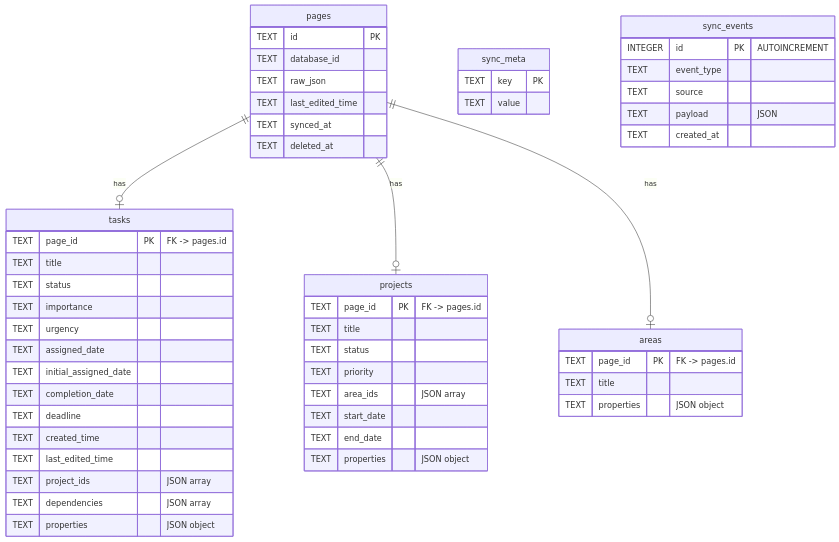
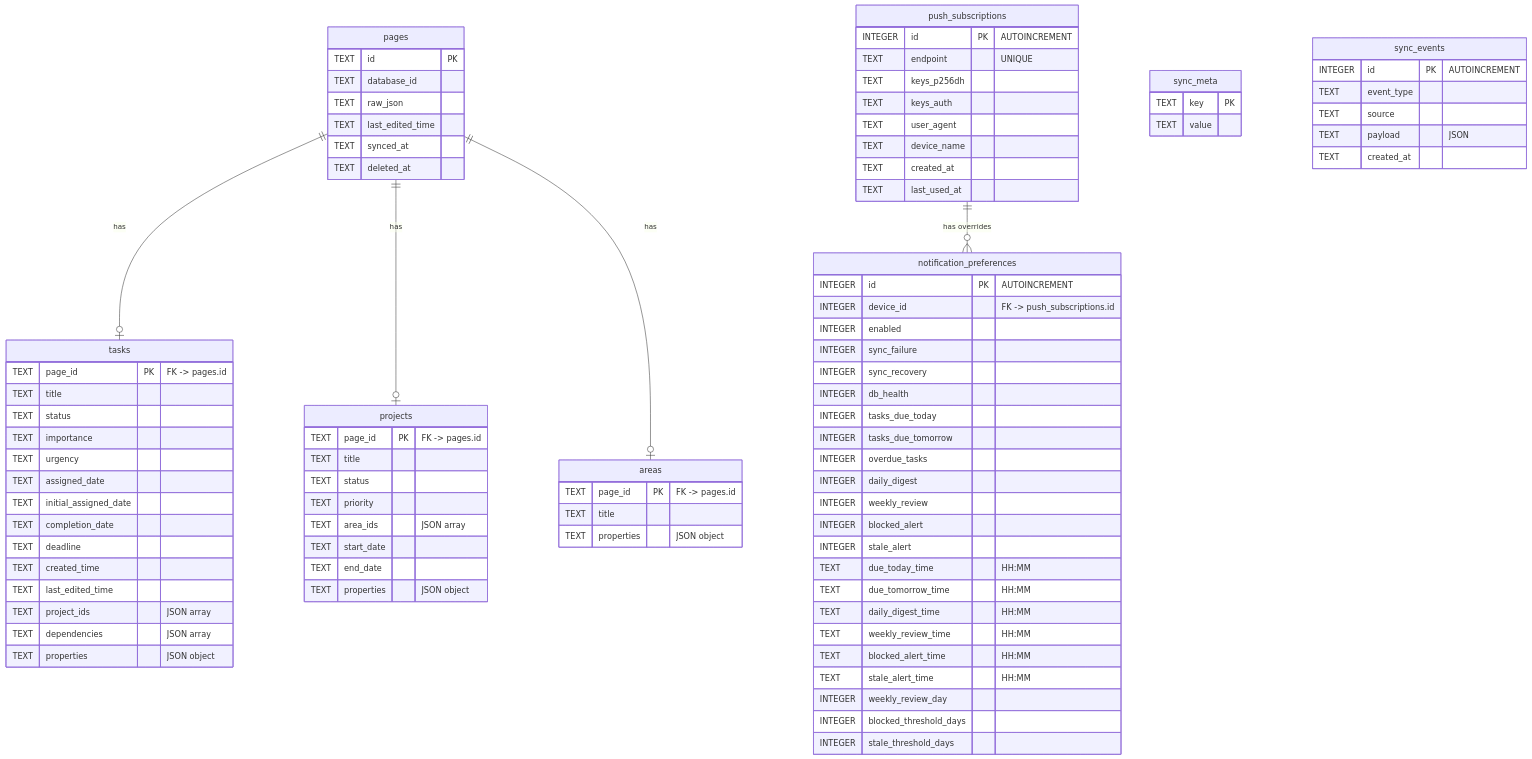
Before and after one commit to geoffyli/my-task-management: the diagram in docs/app/Database Schema.md, drawn with Mermaid. The commit also changed other lines of this file and 59 other files, not shown here.

````diff
--- a/docs/app/Database Schema.md
+++ b/docs/app/Database Schema.md
@@ -28,6 +28,7 @@
     pages ||--o| tasks : "has"
     pages ||--o| projects : "has"
     pages ||--o| areas : "has"
+    push_subscriptions ||--o{ notification_preferences : "has overrides"
     
     pages {
         TEXT id PK
@@ -84,4 +85,40 @@
         TEXT payload "JSON"
         TEXT created_at
     }
+    
+    push_subscriptions {
+        INTEGER id PK "AUTOINCREMENT"
+        TEXT endpoint "UNIQUE"
+        TEXT keys_p256dh
+        TEXT keys_auth
+        TEXT user_agent
+        TEXT device_name
+        TEXT created_at
+        TEXT last_used_at
+    }
+    
+    notification_preferences {
+        INTEGER id PK "AUTOINCREMENT"
+        INTEGER device_id "FK -> push_subscriptions.id"
+        INTEGER enabled
+        INTEGER sync_failure
+        INTEGER sync_recovery
+        INTEGER db_health
+        INTEGER tasks_due_today
+        INTEGER tasks_due_tomorrow
+        INTEGER overdue_tasks
+        INTEGER daily_digest
+        INTEGER weekly_review
+        INTEGER blocked_alert
+        INTEGER stale_alert
+        TEXT due_today_time "HH:MM"
+        TEXT due_tomorrow_time "HH:MM"
+        TEXT daily_digest_time "HH:MM"
+        TEXT weekly_review_time "HH:MM"
+        TEXT blocked_alert_time "HH:MM"
+        TEXT stale_alert_time "HH:MM"
+        INTEGER weekly_review_day
+        INTEGER blocked_threshold_days
+        INTEGER stale_threshold_days
+    }
 ```
````
